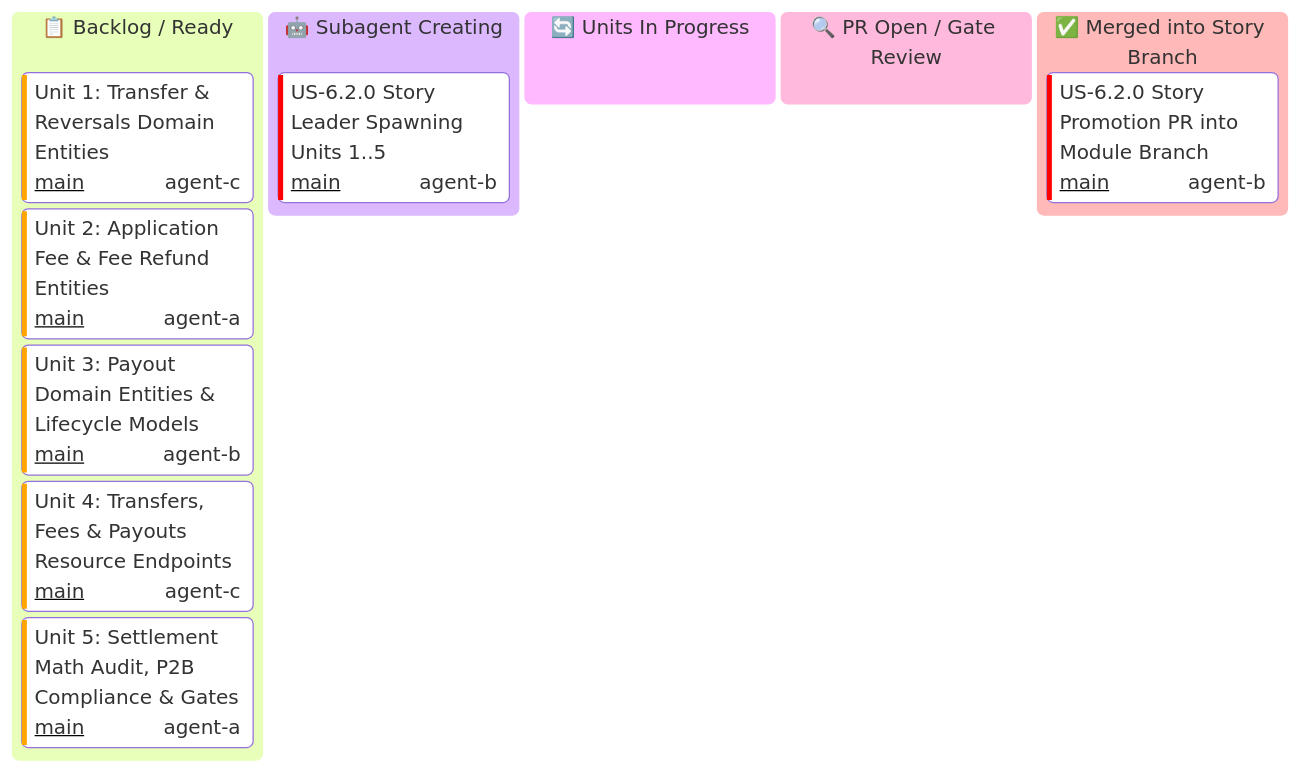
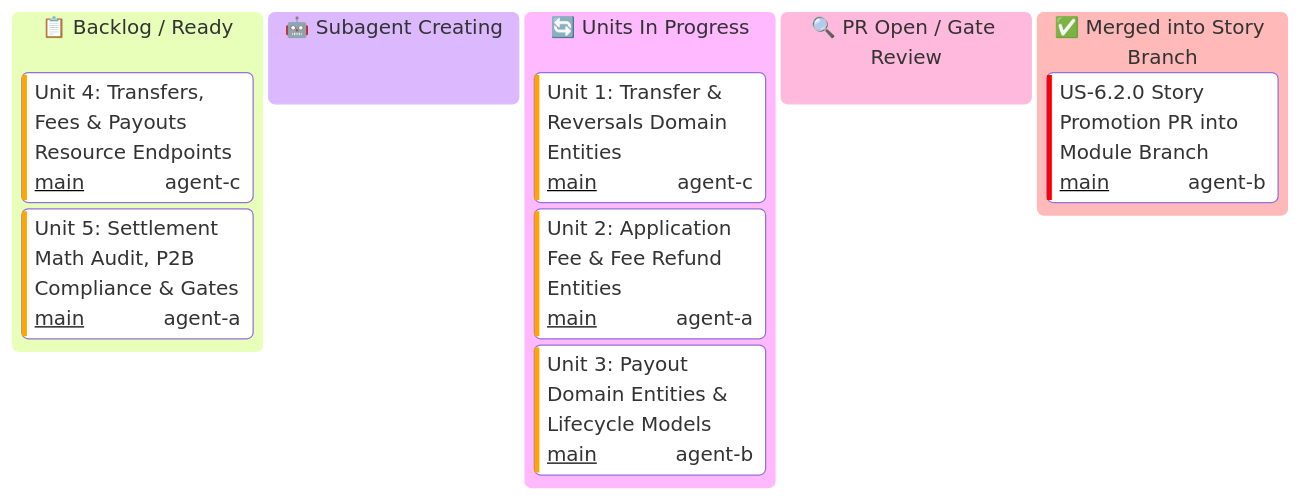
One commit to some-of-cs/some-stripe changed the diagram in docs/user-stories/module-6-connect-and-marketplaces/US-6.2.0-KANBAN.md. Above: the diagram before and after it, drawn with Mermaid. The commit also changed other lines of this file, not shown here.

Commit message:
docs(us-6.2.0): update kanban status for units 1..3 in progress

````diff
--- a/docs/user-stories/module-6-connect-and-marketplaces/US-6.2.0-KANBAN.md
+++ b/docs/user-stories/module-6-connect-and-marketplaces/US-6.2.0-KANBAN.md
@@ -15,20 +15,19 @@
 ```mermaid
 ---
 config:
   kanban:
     ticketBaseUrl: 'https://github.com/some-of-cs/some-stripe/pull/#TICKET#'
 ---
 kanban
   todo[📋 Backlog / Ready]
+    u624[Unit 4: Transfers, Fees & Payouts Resource Endpoints]@{ ticket: 'main', assigned: 'agent-c', priority: 'High' }
+    u625[Unit 5: Settlement Math Audit, P2B Compliance & Gates]@{ ticket: 'main', assigned: 'agent-a', priority: 'High' }
+  spawning[🤖 Subagent Creating]
+  in_progress[🔄 Units In Progress]
     u621[Unit 1: Transfer & Reversals Domain Entities]@{ ticket: 'main', assigned: 'agent-c', priority: 'High' }
     u622[Unit 2: Application Fee & Fee Refund Entities]@{ ticket: 'main', assigned: 'agent-a', priority: 'High' }
     u623[Unit 3: Payout Domain Entities & Lifecycle Models]@{ ticket: 'main', assigned: 'agent-b', priority: 'High' }
-    u624[Unit 4: Transfers, Fees & Payouts Resource Endpoints]@{ ticket: 'main', assigned: 'agent-c', priority: 'High' }
-    u625[Unit 5: Settlement Math Audit, P2B Compliance & Gates]@{ ticket: 'main', assigned: 'agent-a', priority: 'High' }
-  spawning[🤖 Subagent Creating]
-    s62_spawning[US-6.2.0 Story Leader Spawning Units 1..5]@{ ticket: 'main', assigned: 'agent-b', priority: 'Very High' }
-  in_progress[🔄 Units In Progress]
   review[🔍 PR Open / Gate Review]
   done[✅ Merged into Story Branch]
     s62_pr[US-6.2.0 Story Promotion PR into Module Branch]@{ ticket: 'main', assigned: 'agent-b', priority: 'Very High' }
 ```
````
